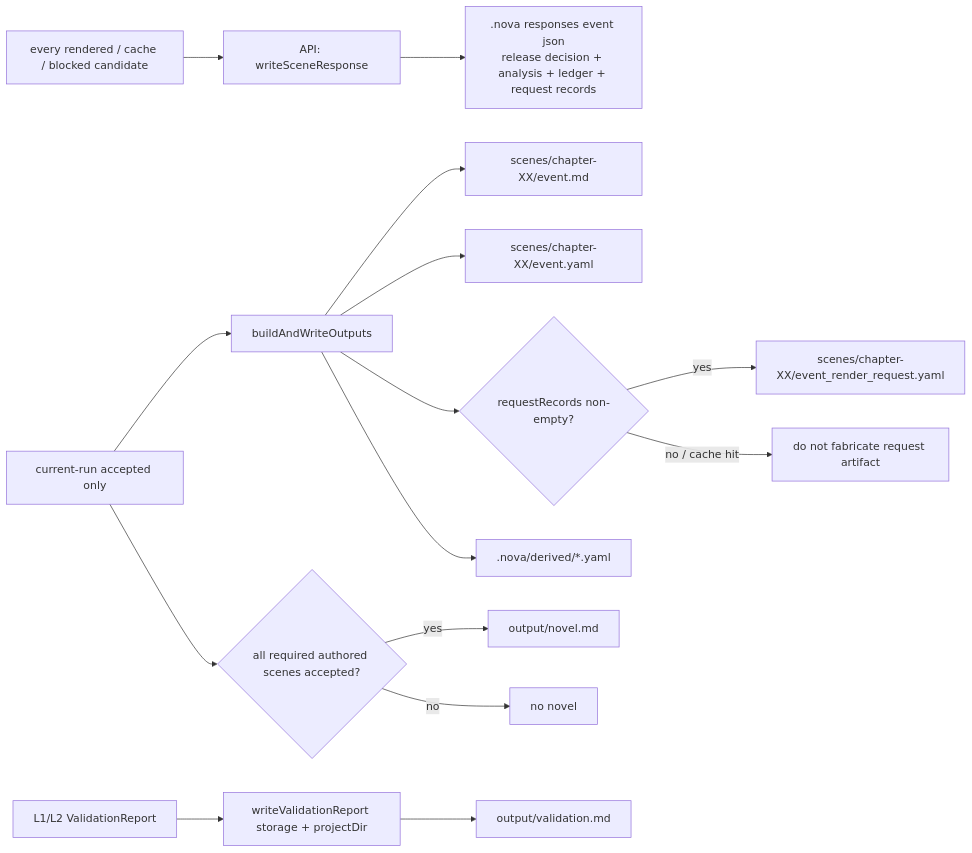
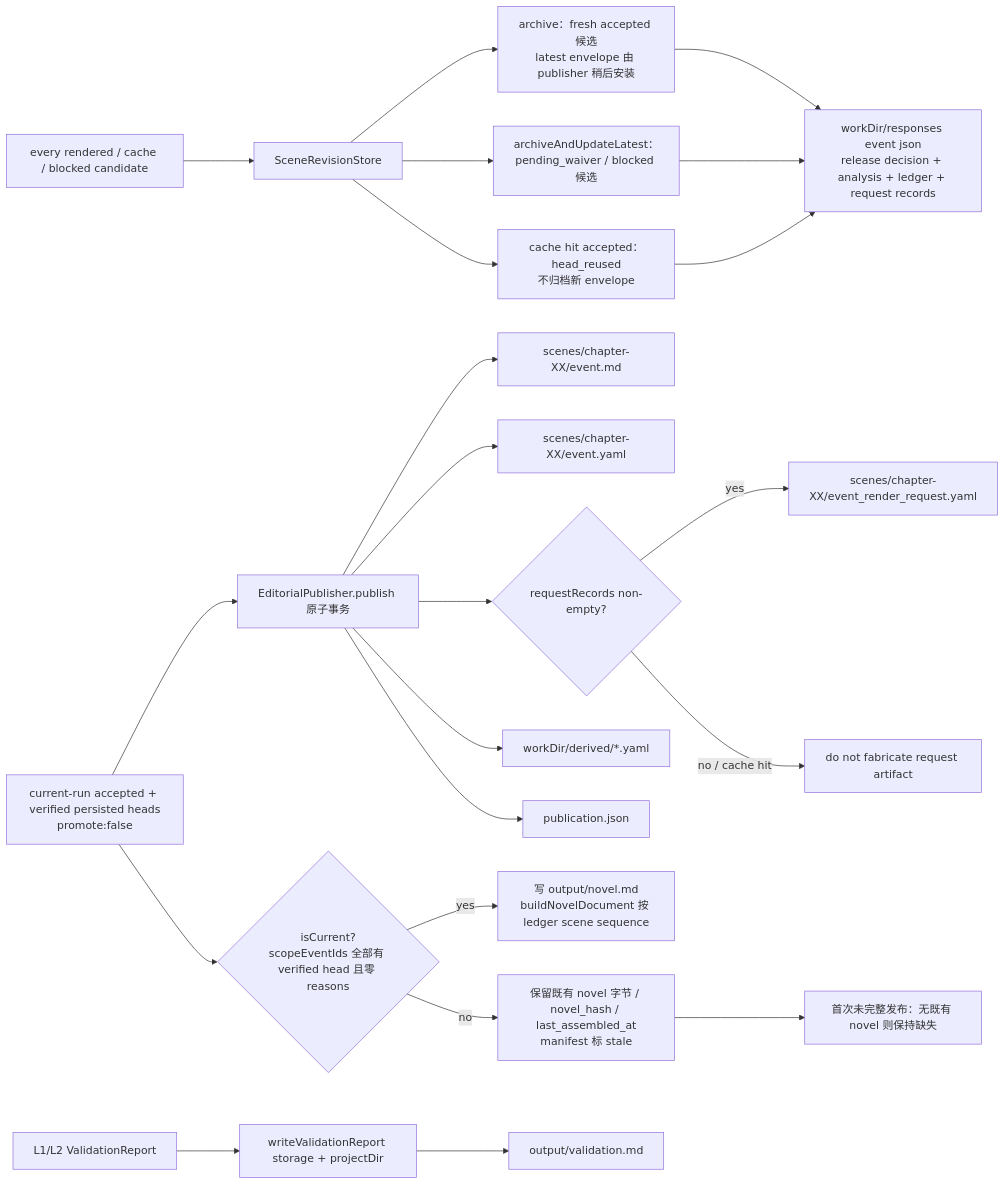
Before and after one commit to fltb/fabula: the sixth of 6 diagrams in docs/reference/wiring.md, drawn with Mermaid. The commit also changed other lines of this file and 39 other files, not shown here.

````diff
--- a/docs/reference/wiring.md
+++ b/docs/reference/wiring.md
@@ -407,21 +425,28 @@
 ```mermaid
 flowchart LR
-  Candidate[every rendered / cache / blocked candidate] --> APIWriter[API: writeSceneResponse]
-  APIWriter --> Response[.nova responses event json<br/>release decision + analysis + ledger + request records]
+  Candidate[every rendered / cache / blocked candidate] --> SceneWriter[SceneRevisionStore]
+  SceneWriter --> Archive[archive：fresh accepted 候选<br/>latest envelope 由 publisher 稍后安装]
+  SceneWriter --> Latest[archiveAndUpdateLatest：pending_waiver / blocked 候选]
+  SceneWriter --> Reused[cache hit accepted：head_reused<br/>不归档新 envelope]
+  Archive --> Response[workDir/responses event json<br/>release decision + analysis + ledger + request records]
+  Latest --> Response
+  Reused --> Response
 
-  Accepted[current-run accepted only] --> Output[buildAndWriteOutputs]
-  Output --> Scene[scenes/chapter-XX/event.md]
-  Output --> Meta[scenes/chapter-XX/event.yaml]
-  Output --> Fresh{requestRecords non-empty?}
+  CurrentRun[current-run accepted + verified persisted heads<br/>promote:false] --> Publisher[EditorialPublisher.publish 原子事务]
+  Publisher --> Scene[scenes/chapter-XX/event.md]
+  Publisher --> Meta[scenes/chapter-XX/event.yaml]
+  Publisher --> Fresh{requestRecords non-empty?}
   Fresh -- yes --> Req[scenes/chapter-XX/event_render_request.yaml]
   Fresh -- no / cache hit --> NoReq[do not fabricate request artifact]
-  Output --> Derived[.nova/derived/*.yaml]
+  Publisher --> Derived[workDir/derived/*.yaml]
+  Publisher --> Manifest[publication.json]
 
-  AllRequired{all required authored scenes accepted?}
-  Accepted --> AllRequired
-  AllRequired -- yes --> Novel[output/novel.md]
-  AllRequired -- no --> NoNovel[no novel]
+  Complete{isCurrent?<br/>scopeEventIds 全部有 verified head 且零 reasons}
+  CurrentRun --> Complete
+  Complete -- yes --> Novel[写 output/novel.md<br/>buildNovelDocument 按 ledger scene sequence]
+  Complete -- no --> StaleNovel[保留既有 novel 字节 / novel_hash / last_assembled_at<br/>manifest 标 stale]
+  StaleNovel --> FirstTime[首次未完整发布：无既有 novel 则保持缺失]
 
   ReportInput[L1/L2 ValidationReport] --> Reporter[writeValidationReport storage + projectDir]
   Reporter --> Validation[output/validation.md]
 ```
````
